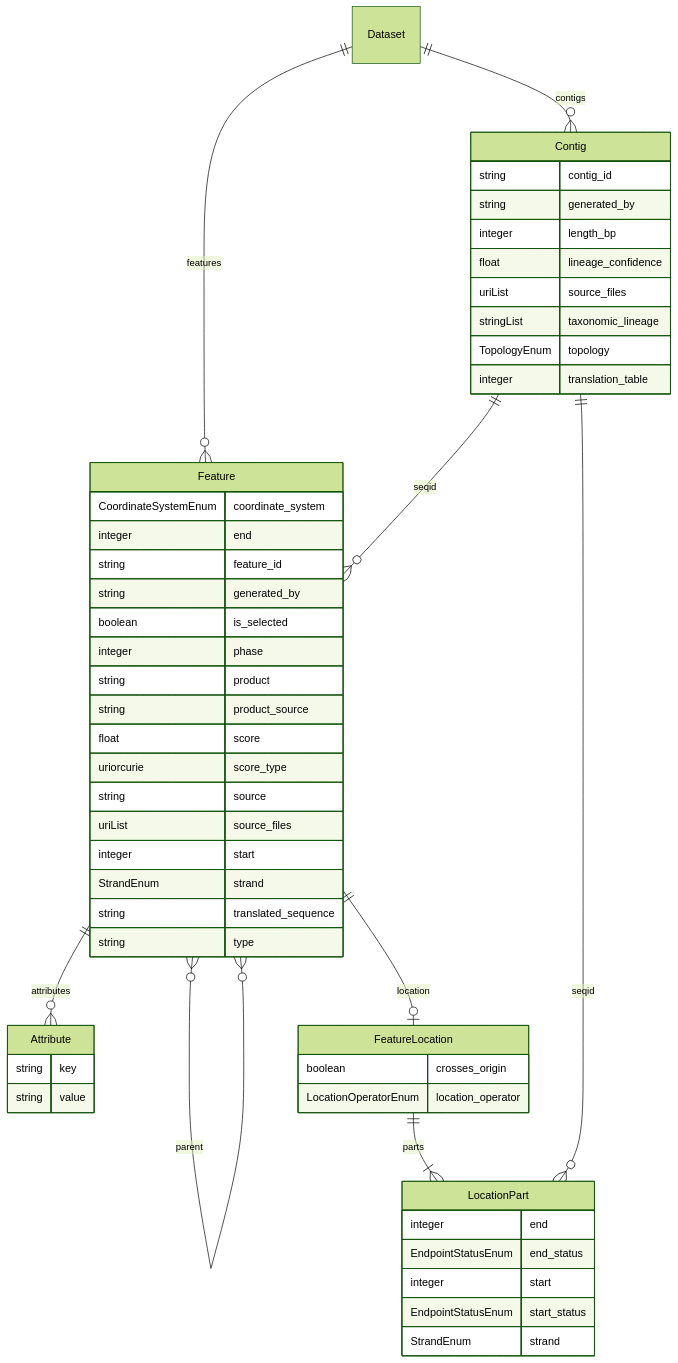
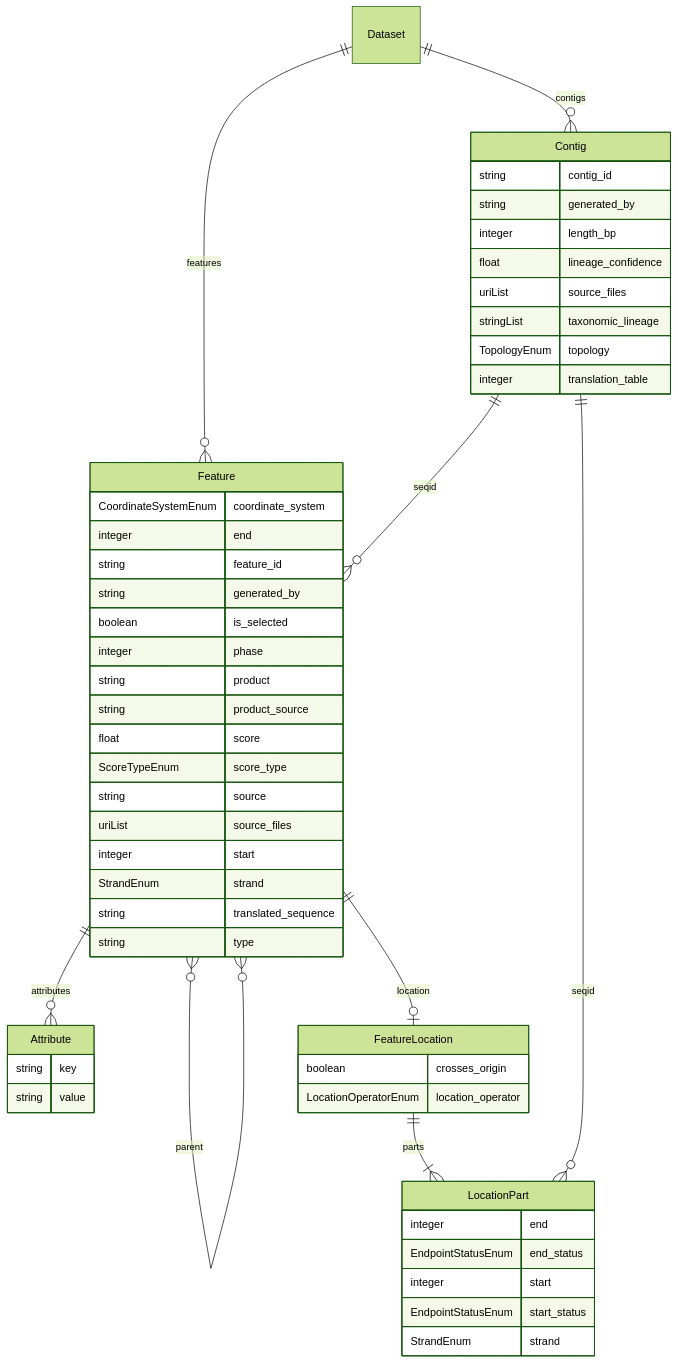
Before and after one commit to turbomam/feature-table-corpus: the diagram in docs/schema-diagram.md, drawn with Mermaid (forest theme). The commit also changed 6 other files, not shown here.

Commit message:
Close score_type to four EDAM kinds; reject unassigned genetic codes; cite the bit-score source

````diff
--- a/docs/schema-diagram.md
+++ b/docs/schema-diagram.md
@@ -9,58 +9,58 @@
 ```mermaid
 erDiagram
 Attribute {
     string key
     string value
 }
 Contig {
     string contig_id
     string generated_by
     integer length_bp
     float lineage_confidence
     uriList source_files
     stringList taxonomic_lineage
     TopologyEnum topology
     integer translation_table
 }
 Dataset {
 
 }
 Feature {
     CoordinateSystemEnum coordinate_system
     integer end
     string feature_id
     string generated_by
     boolean is_selected
     integer phase
     string product
     string product_source
     float score
-    uriorcurie score_type
+    ScoreTypeEnum score_type
     string source
     uriList source_files
     integer start
     StrandEnum strand
     string translated_sequence
     string type
 }
 FeatureLocation {
     boolean crosses_origin
     LocationOperatorEnum location_operator
 }
 LocationPart {
     integer end
     EndpointStatusEnum end_status
     integer start
     EndpointStatusEnum start_status
     StrandEnum strand
 }
 
 Dataset ||--o{ Contig : "contigs"
 Dataset ||--o{ Feature : "features"
 Feature ||--o| FeatureLocation : "location"
 Contig ||--o{ Feature : "seqid"
 Feature ||--o{ Attribute : "attributes"
 Feature }o--o{ Feature : "parent"
 FeatureLocation ||--|{ LocationPart : "parts"
 Contig ||--o{ LocationPart : "seqid"
 ```
````
